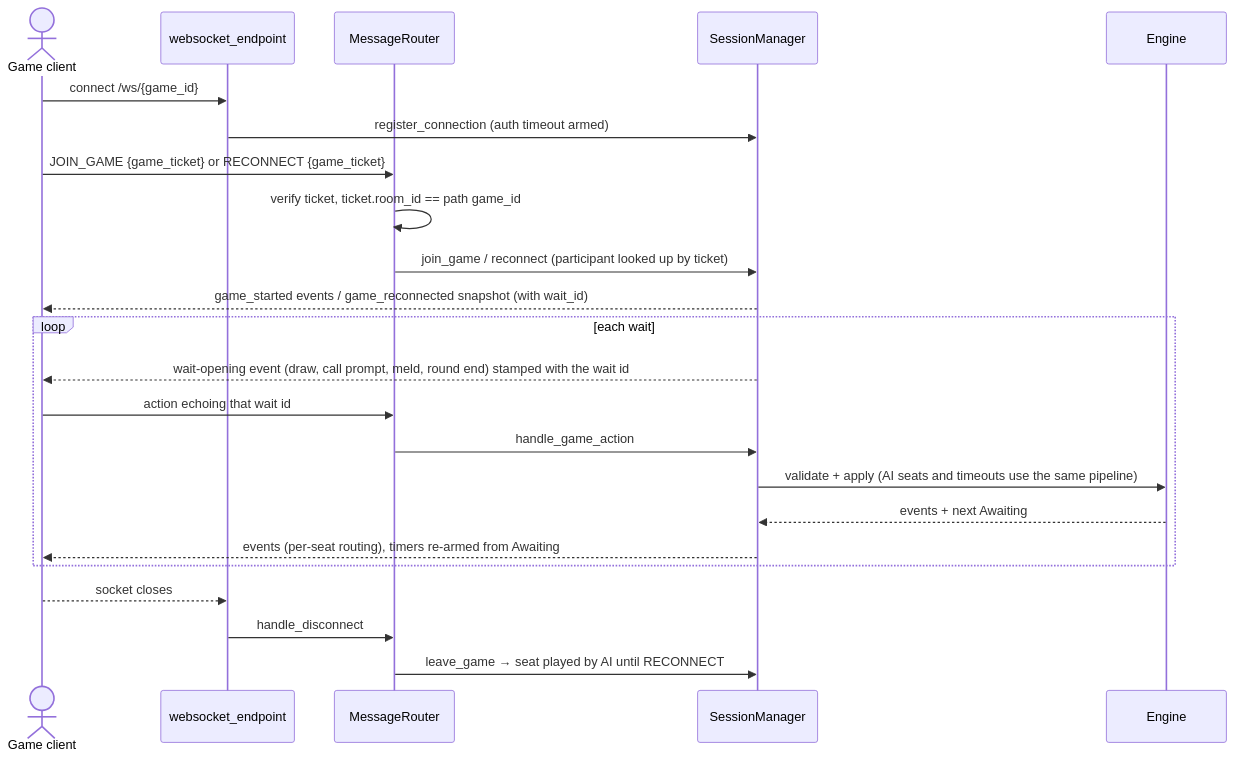
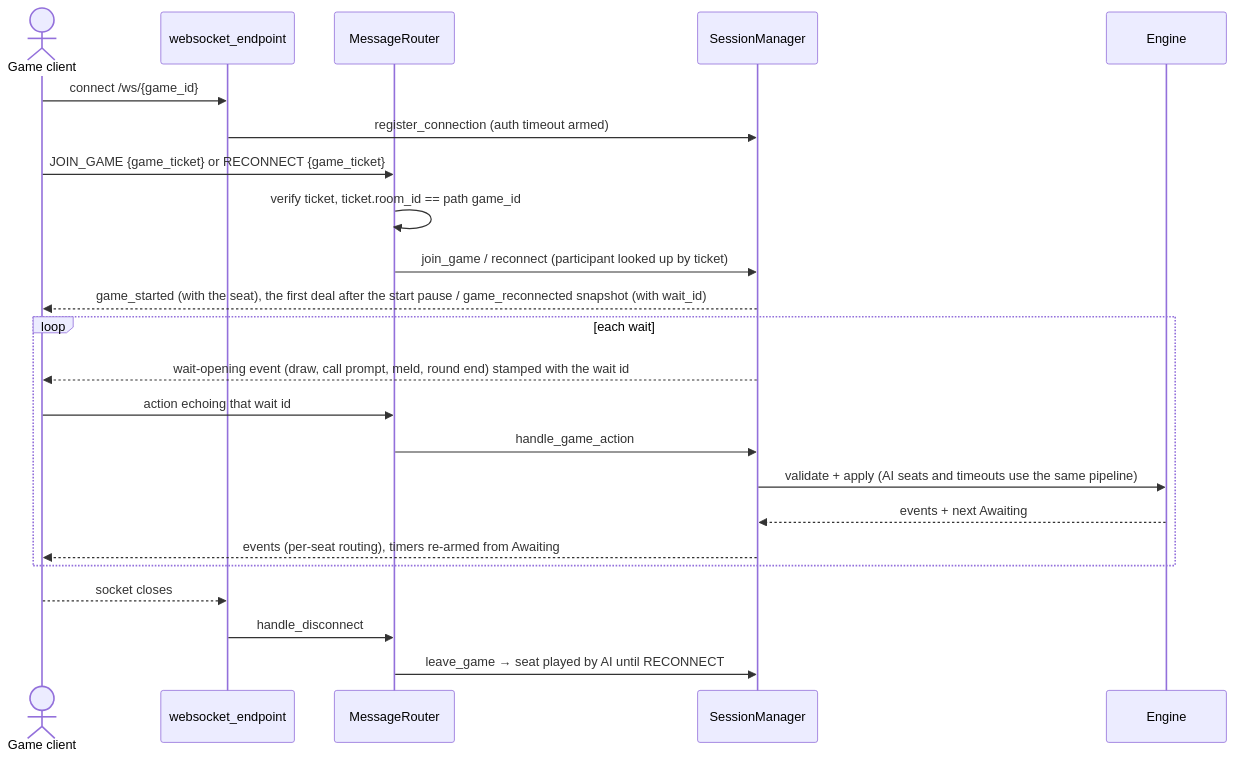
The eighth of 8 diagrams in docs/architecture.md (MahjongRepository/ronin), drawn with Mermaid before and after one commit. The commit also changed 13 other files, not shown here.

Commit message:
feat: hold the first deal for a short server-side pause after game_started, which now carries each player's seat, so the start dialog shows in a live game

````diff
--- a/docs/architecture.md
+++ b/docs/architecture.md
@@ -257,26 +257,26 @@
 ```mermaid
 sequenceDiagram
     actor P as Game client
     participant WS as websocket_endpoint
     participant R as MessageRouter
     participant SM as SessionManager
     participant E as Engine
 
     P->>WS: connect /ws/{game_id}
     WS->>SM: register_connection (auth timeout armed)
     P->>R: JOIN_GAME {game_ticket}  or  RECONNECT {game_ticket}
     R->>R: verify ticket, ticket.room_id == path game_id
     R->>SM: join_game / reconnect (participant looked up by ticket)
-    SM-->>P: game_started events / game_reconnected snapshot (with wait_id)
+    SM-->>P: game_started (with the seat), the first deal after the start pause / game_reconnected snapshot (with wait_id)
     loop each wait
         SM-->>P: wait-opening event (draw, call prompt, meld, round end) stamped with the wait id
         P->>R: action echoing that wait id
         R->>SM: handle_game_action
         SM->>E: validate + apply (AI seats and timeouts use the same pipeline)
         E-->>SM: events + next Awaiting
         SM-->>P: events (per-seat routing), timers re-armed from Awaiting
     end
     P-->>WS: socket closes
     WS->>R: handle_disconnect
     R->>SM: leave_game → seat played by AI until RECONNECT
 ```
````
